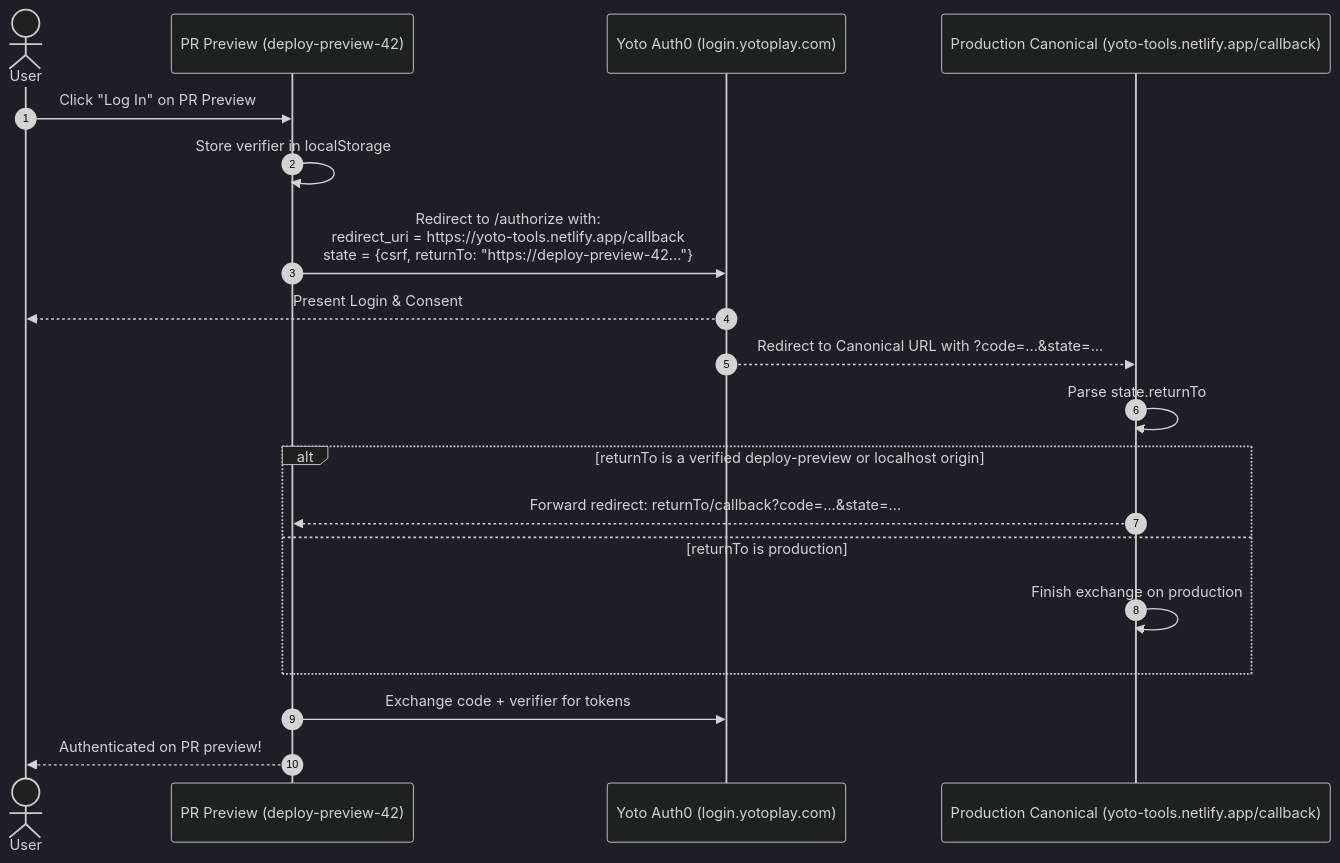
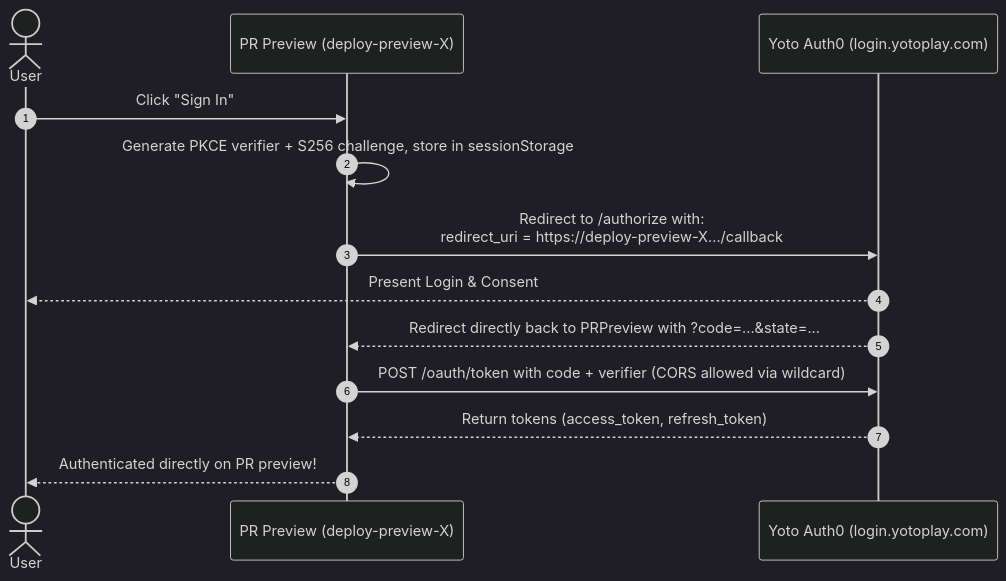
The diagram in docs/rfcs/007-oauth-client-id-and-pr-preview-redirects.md (anitschke/yoto-tools), drawn with Mermaid (dark theme) before and after one commit. The commit also changed other lines of this file and 2 other files, not shown here.

Commit message:
feat(auth): use direct oauth flow with wildcard callback whitelist

````diff
--- a/docs/rfcs/007-oauth-client-id-and-pr-preview-redirects.md
+++ b/docs/rfcs/007-oauth-client-id-and-pr-preview-redirects.md
@@ -28,22 +33,16 @@
 ```mermaid
 sequenceDiagram
     autonumber
     actor User
-    participant PRPreview as PR Preview (deploy-preview-42)
+    participant PRPreview as PR Preview (deploy-preview-X)
     participant Auth0 as Yoto Auth0 (login.yotoplay.com)
-    participant Canonical as Production Canonical (yoto-tools.netlify.app/callback)
 
-    User->>PRPreview: Click "Log In" on PR Preview
-    PRPreview->>PRPreview: Store verifier in localStorage
-    PRPreview->>Auth0: Redirect to /authorize with:<br/>redirect_uri = https://yoto-tools.netlify.app/callback<br/>state = {csrf, returnTo: "https://deploy-preview-42..."}
+    User->>PRPreview: Click "Sign In"
+    PRPreview->>PRPreview: Generate PKCE verifier + S256 challenge, store in sessionStorage
+    PRPreview->>Auth0: Redirect to /authorize with:<br/>redirect_uri = https://deploy-preview-X.../callback
     Auth0-->>User: Present Login & Consent
-    Auth0-->>Canonical: Redirect to Canonical URL with ?code=...&state=...
-    Canonical->>Canonical: Parse state.returnTo
-    alt returnTo is a verified deploy-preview or localhost origin
-        Canonical-->>PRPreview: Forward redirect: returnTo/callback?code=...&state=...
-    else returnTo is production
-        Canonical->>Canonical: Finish exchange on production
-    end
-    PRPreview->>Auth0: Exchange code + verifier for tokens
-    PRPreview-->>User: Authenticated on PR preview!
+    Auth0-->>PRPreview: Redirect directly back to PRPreview with ?code=...&state=...
+    PRPreview->>Auth0: POST /oauth/token with code + verifier (CORS allowed via wildcard)
+    Auth0-->>PRPreview: Return tokens (access_token, refresh_token)
+    PRPreview-->>User: Authenticated directly on PR preview!
 ```
````
